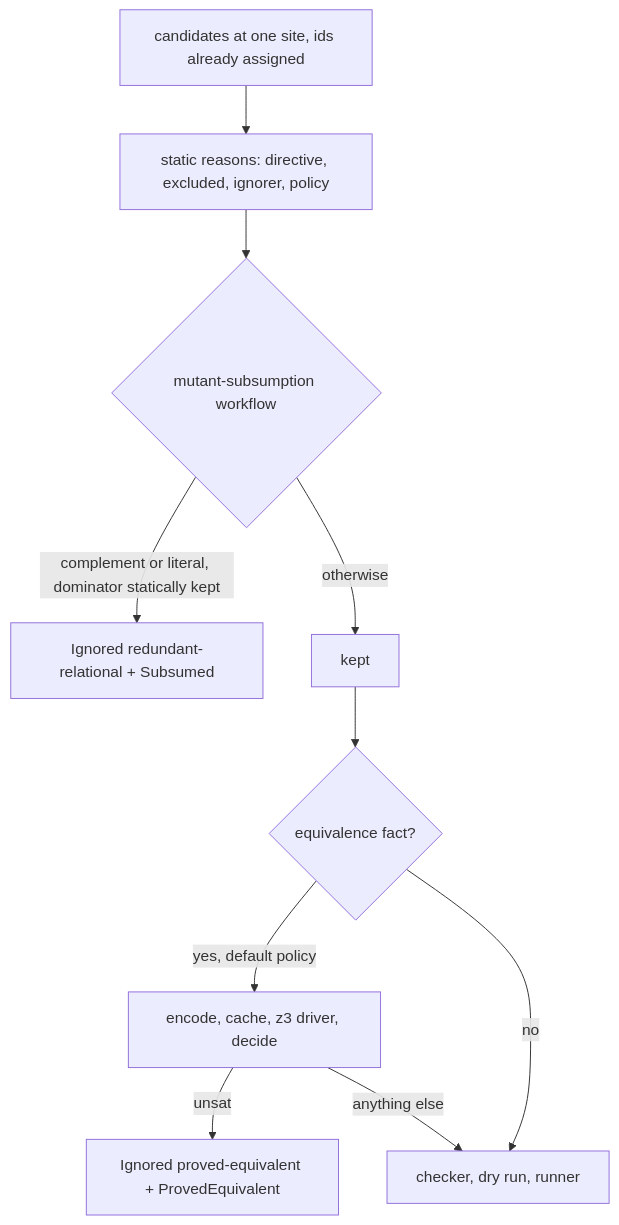
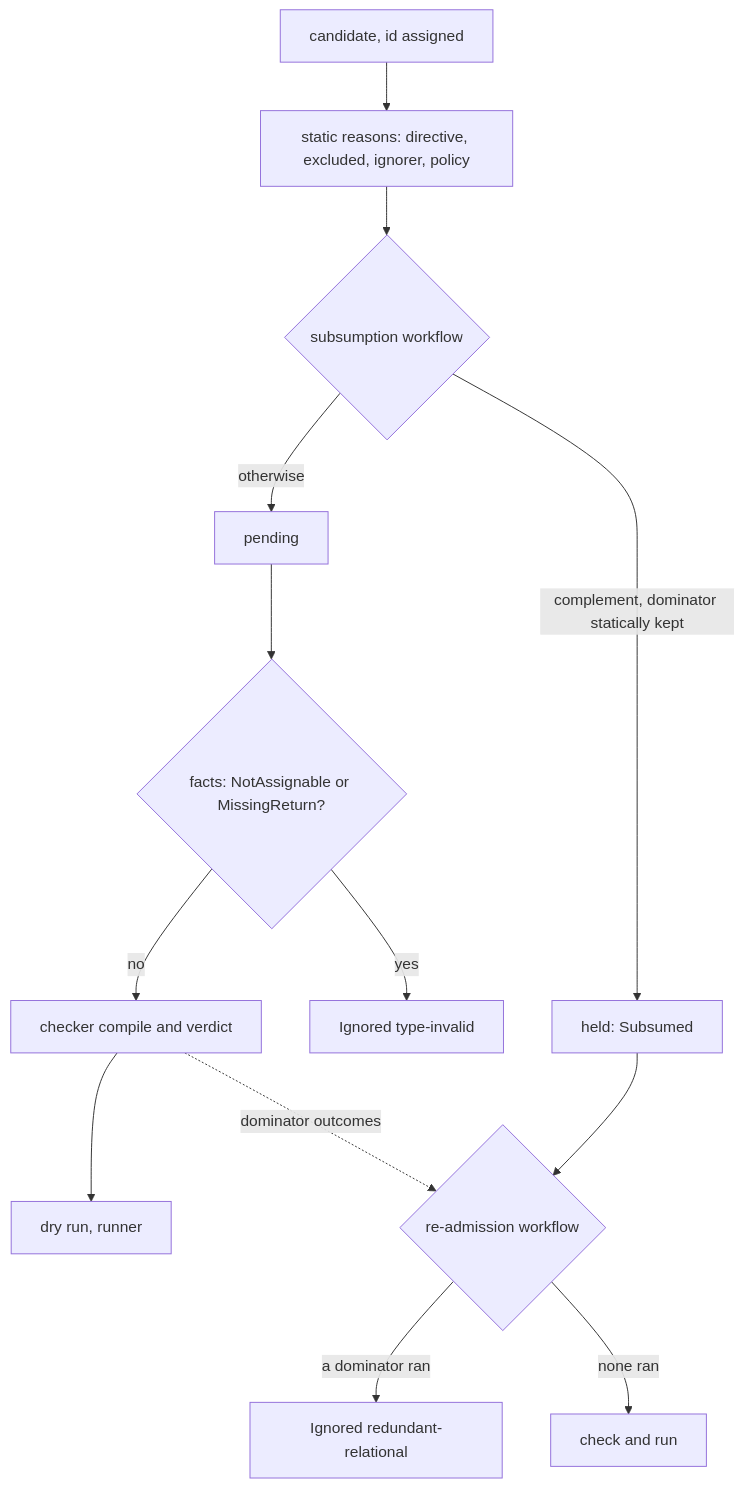
One commit to systemfsoftware/stryker-js-effect changed the second of 3 diagrams in docs/plans/2026-10-09-2024-feat-mutant-subsumption-plan.md. Above: the diagram before and after it, drawn with Mermaid. The commit also changed other lines of this file, not shown here.

First line of the commit message:
docs(plans): replace SMT layer with type-guided generation in unit I plan

````diff
--- a/docs/plans/2026-10-09-2024-feat-mutant-subsumption-plan.md
+++ b/docs/plans/2026-10-09-2024-feat-mutant-subsumption-plan.md
@@ -350,12 +393,15 @@
 ```mermaid
 flowchart TB
-  C[candidates at one site, ids already assigned] --> S[static reasons: directive, excluded, ignorer, policy]
-  S --> L1{mutant-subsumption workflow}
-  L1 -->|complement or literal, dominator statically kept| D[Ignored redundant-relational + Subsumed]
-  L1 -->|otherwise| K[kept]
-  K --> F{equivalence fact?}
-  F -->|yes, default policy| Q[encode, cache, z3 driver, decide]
-  Q -->|unsat| P[Ignored proved-equivalent + ProvedEquivalent]
-  Q -->|anything else| R[checker, dry run, runner]
-  F -->|no| R
+  M[candidate, id assigned] --> S[static reasons: directive, excluded, ignorer, policy]
+  S --> L1{subsumption workflow}
+  L1 -->|complement, dominator statically kept| H[held: Subsumed]
+  L1 -->|otherwise| K[pending]
+  K --> F{facts: NotAssignable or MissingReturn?}
+  F -->|yes| TI[Ignored type-invalid]
+  F -->|no| CK[checker compile and verdict]
+  CK --> RN[dry run, runner]
+  CK -. dominator outcomes .-> RA{re-admission workflow}
+  H --> RA
+  RA -->|a dominator ran| SR[Ignored redundant-relational]
+  RA -->|none ran| CK2[check and run]
 ```
````
